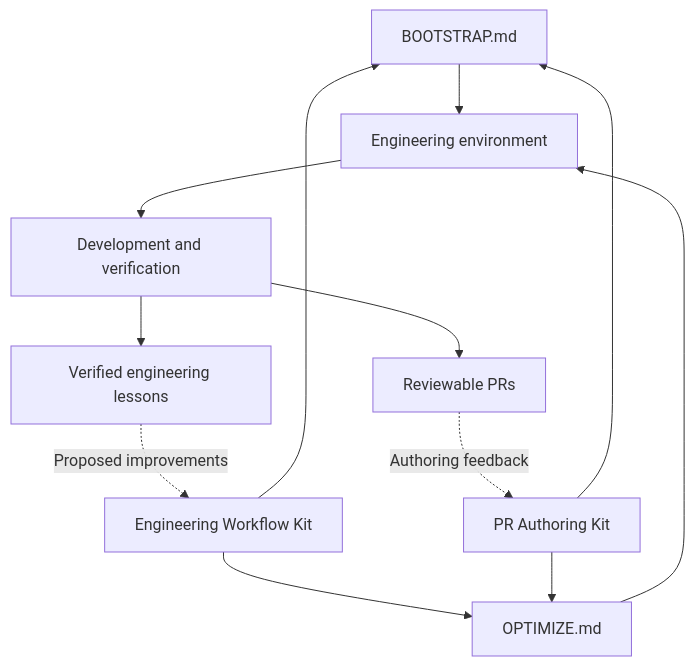
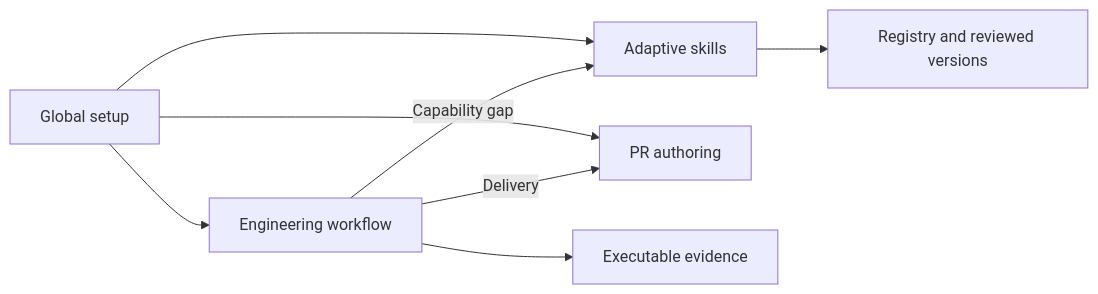
One commit to Koooki3/Engineering-Infrastructure changed the diagram in README.md. Above: the diagram before and after it, drawn with Mermaid. The commit also changed other lines of this file and 33 other files, not shown here.

Commit message:
feat: add adaptive skills and global agent deployment

````diff
--- a/README.md
+++ b/README.md
@@ -22,14 +7,10 @@
 ```mermaid
-flowchart TD
-    B[BOOTSTRAP.md] --> E[Engineering environment]
-    O[OPTIMIZE.md] --> E
-    W[Engineering Workflow Kit] --> B
-    W --> O
-    P[PR Authoring Kit] --> B
-    P --> O
-    E --> T[Development and verification]
-    T --> R[Reviewable PRs]
-    T --> L[Verified engineering lessons]
-    L -. Proposed improvements .-> W
-    R -. Authoring feedback .-> P
+flowchart LR
+    G[Global setup] --> W[Engineering workflow]
+    G --> A[Adaptive skills]
+    G --> P[PR authoring]
+    W -->|Capability gap| A
+    W -->|Delivery| P
+    A --> R[Registry and reviewed versions]
+    W --> E[Executable evidence]
 ```
````
